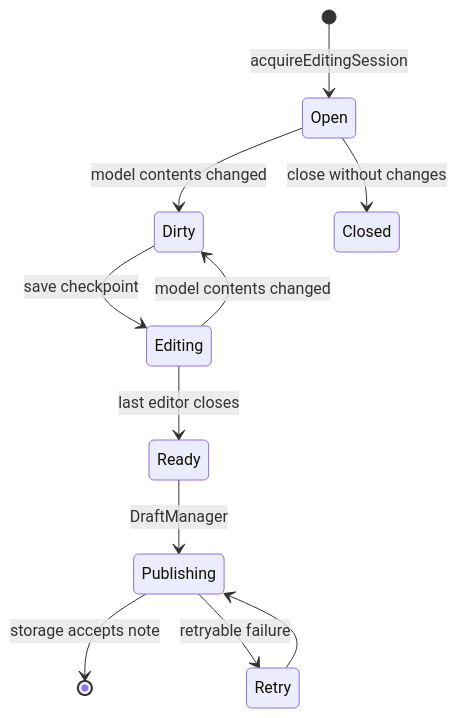
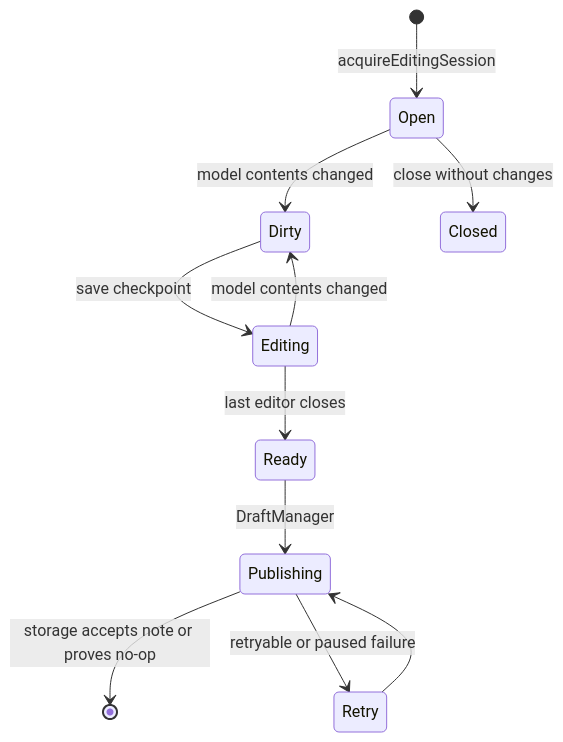
Before and after one commit to Ri0n/QtNote: the second of 3 diagrams in docs/note-editor-architecture.md, drawn with Mermaid. The commit also changed other lines of this file and 57 other files, not shown here.

````diff
--- a/docs/note-editor-architecture.md
+++ b/docs/note-editor-architecture.md
@@ -54,13 +88,13 @@
 ```mermaid
 stateDiagram-v2
     [*] --> Open: acquireEditingSession
     Open --> Dirty: model contents changed
     Dirty --> Editing: save checkpoint
     Editing --> Dirty: model contents changed
     Open --> Closed: close without changes
     Editing --> Ready: last editor closes
     Ready --> Publishing: DraftManager
-    Publishing --> [*]: storage accepts note
-    Publishing --> Retry: retryable failure
+    Publishing --> [*]: storage accepts note or proves no-op
+    Publishing --> Retry: retryable or paused failure
     Retry --> Publishing
 ```
````
